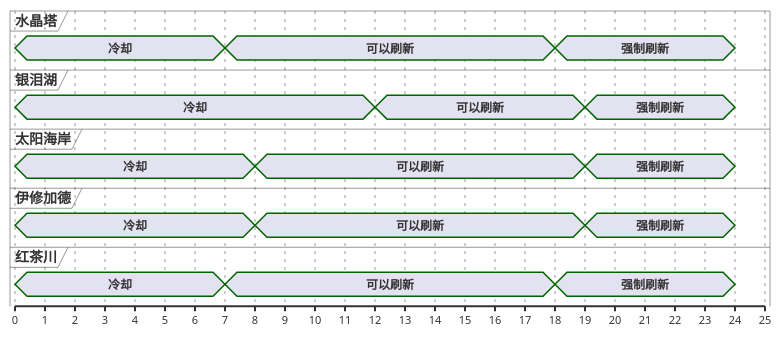
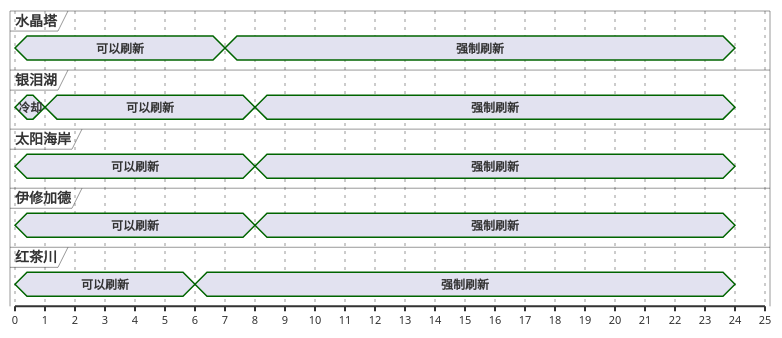
The fourth of 13 diagrams in ffxiv/hunt/2.0/Thousand-cast-Theda.md (Eroleice/doc-pi), drawn with PlantUML before and after one commit. The commit also changed other lines of this file and 38 other files, not shown here.

````diff
--- a/ffxiv/hunt/2.0/Thousand-cast-Theda.md
+++ b/ffxiv/hunt/2.0/Thousand-cast-Theda.md
@@ -224,42 +206,38 @@
 ```plantuml
 @startuml
 scale 1 as 30 pixels
 
 concise 水晶塔
 concise 银泪湖
 concise 太阳海岸
 concise 伊修加德
 concise 红茶川
 
 @红茶川
-0 is 冷却
-7 is 可以刷新
-18 is 强制刷新
+0 is 可以刷新
+6 is 强制刷新
 24 is {hidden}
 
 @水晶塔
-0 is 冷却
-7 is 可以刷新
-18 is 强制刷新
+0 is 可以刷新
+7 is 强制刷新
 24 is {hidden}
 
 @太阳海岸
-0 is 冷却
-8 is 可以刷新
-19 is 强制刷新
+0 is 可以刷新
+8 is 强制刷新
 24 is {hidden}
 
 @银泪湖
 0 is 冷却
-12 is 可以刷新
-19 is 强制刷新
+1 is 可以刷新
+8 is 强制刷新
 24 is {hidden}
 
 @伊修加德
-0 is 冷却
-8 is 可以刷新
-19 is 强制刷新
+0 is 可以刷新
+8 is 强制刷新
 24 is {hidden}
 
 @enduml
 ```
````
